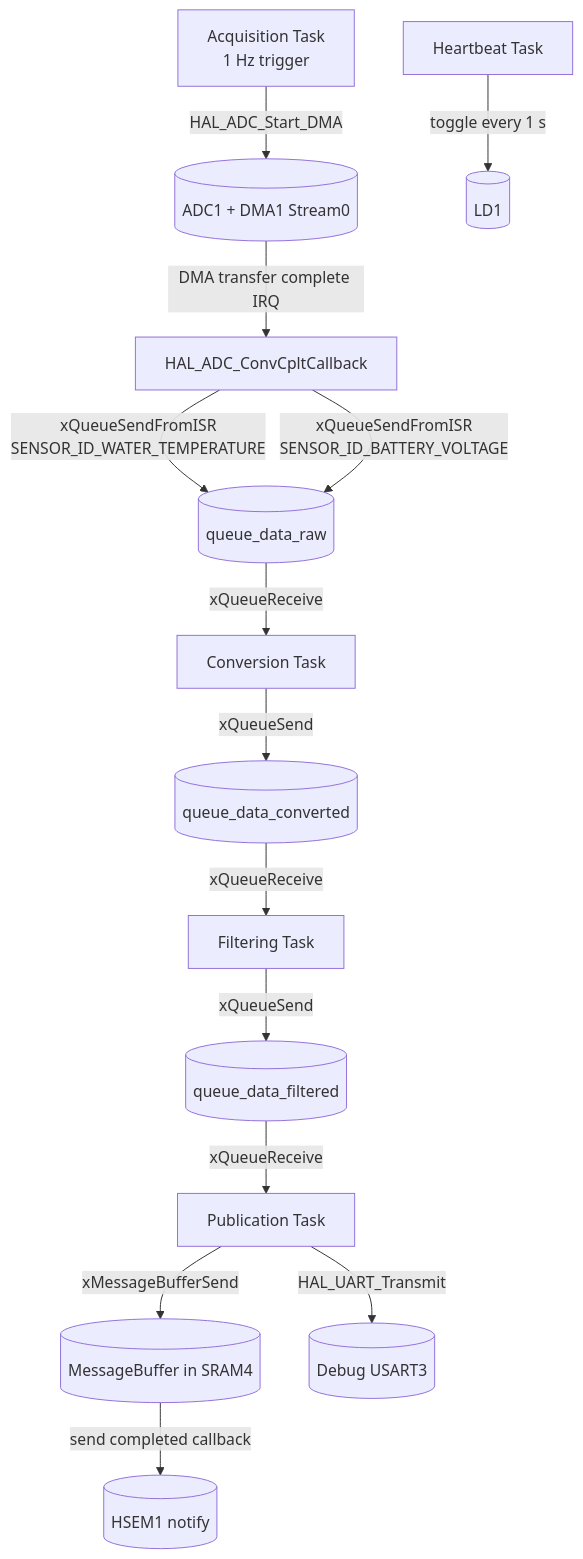
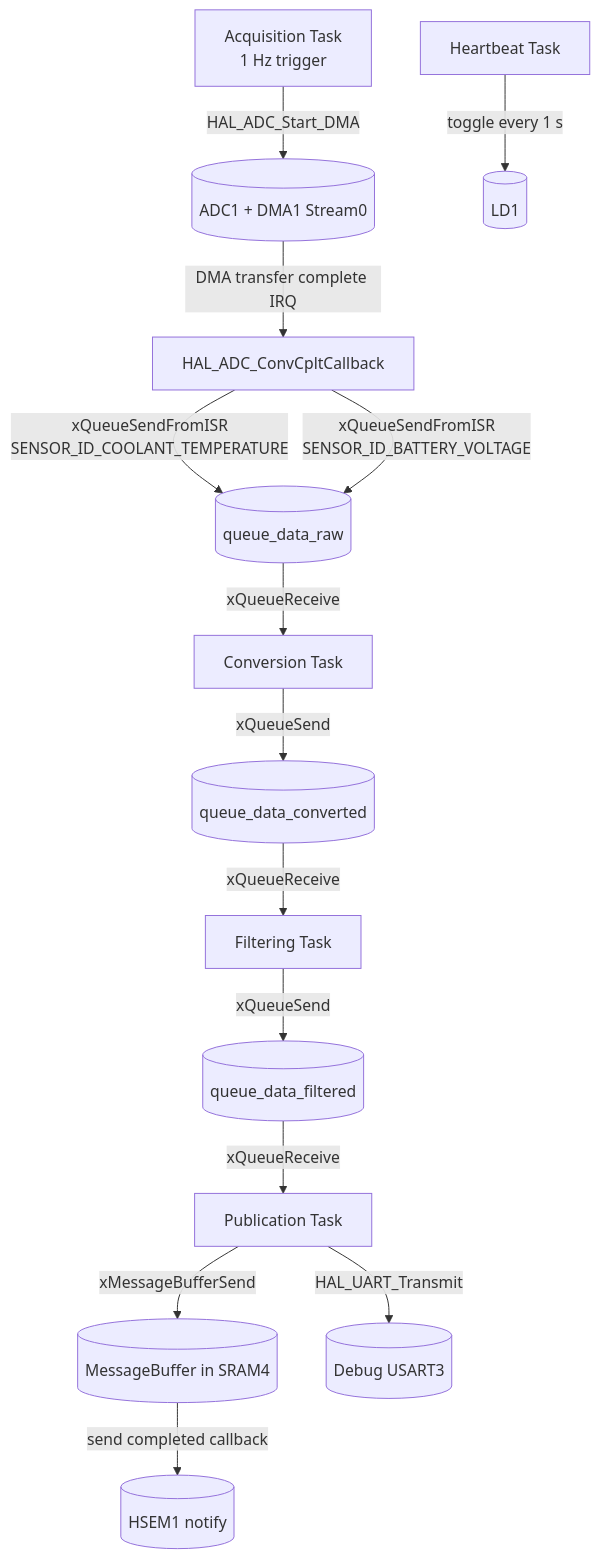
Before and after one commit to MatiMcFly/t3-digidash: the first of 2 diagrams in fw/nucleo/README.md, drawn with Mermaid. The commit also changed other lines of this file and 8 other files, not shown here.

Commit message:
[fw/nucleo/m4/minor] renaming: water --> coolant temperature

````diff
--- a/fw/nucleo/README.md
+++ b/fw/nucleo/README.md
@@ -55,38 +55,38 @@
 ```mermaid
 flowchart TB
     ACQ[Acquisition Task\n1 Hz trigger]
     ISR[HAL_ADC_ConvCpltCallback]
     CONV[Conversion Task]
     FILT[Filtering Task]
     PUB[Publication Task]
     HB[Heartbeat Task]
 
     QRAW[(queue_data_raw)]
     QCONV[(queue_data_converted)]
     QFILT[(queue_data_filtered)]
     IPC[(MessageBuffer in SRAM4)]
     HSEM[(HSEM1 notify)]
 
     ADC[(ADC1 + DMA1 Stream0)]
     UART[(Debug USART3)]
     LED[(LD1)]
 
     ACQ -->|HAL_ADC_Start_DMA| ADC
     ADC -->|DMA transfer complete IRQ| ISR
 
-    ISR -->|xQueueSendFromISR\nSENSOR_ID_WATER_TEMPERATURE| QRAW
+    ISR -->|xQueueSendFromISR\nSENSOR_ID_COOLANT_TEMPERATURE| QRAW
     ISR -->|xQueueSendFromISR\nSENSOR_ID_BATTERY_VOLTAGE| QRAW
 
     QRAW -->|xQueueReceive| CONV
     CONV -->|xQueueSend| QCONV
 
     QCONV -->|xQueueReceive| FILT
     FILT -->|xQueueSend| QFILT
 
     QFILT -->|xQueueReceive| PUB
     PUB -->|HAL_UART_Transmit| UART
     PUB -->|xMessageBufferSend| IPC
     IPC -->|send completed callback| HSEM
 
     HB -->|toggle every 1 s| LED
 ```
````
